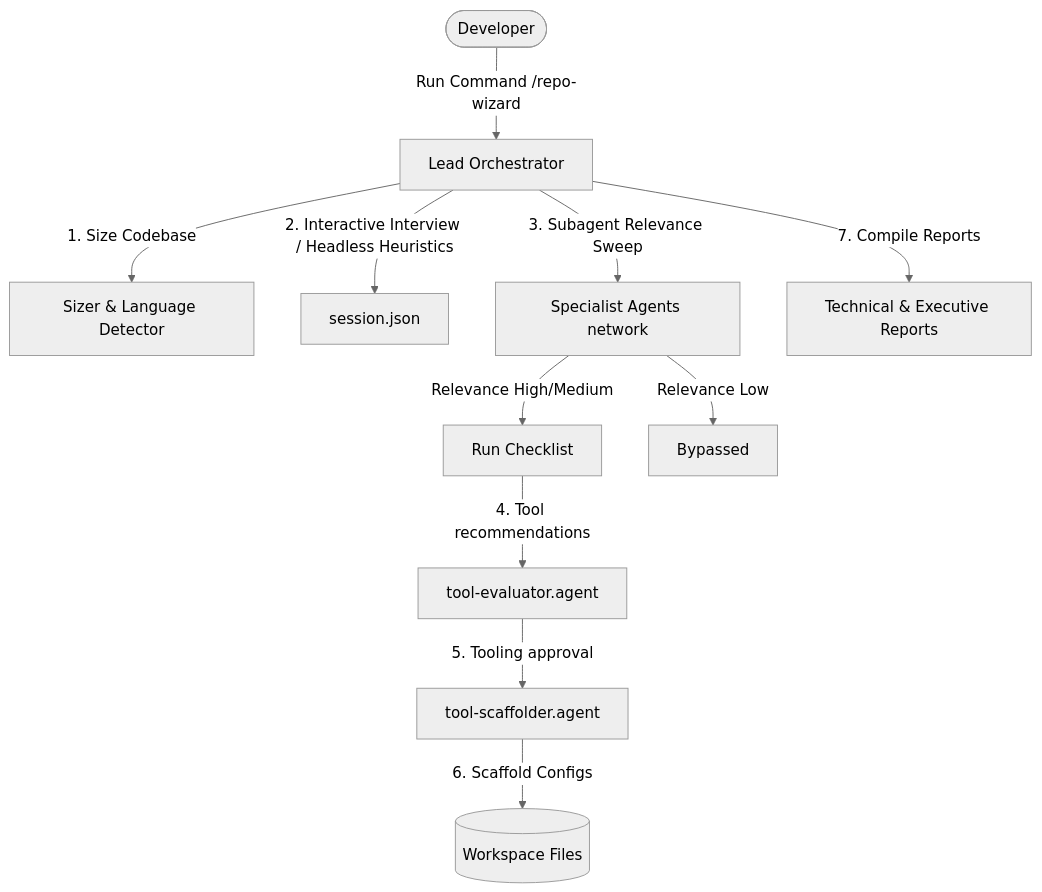
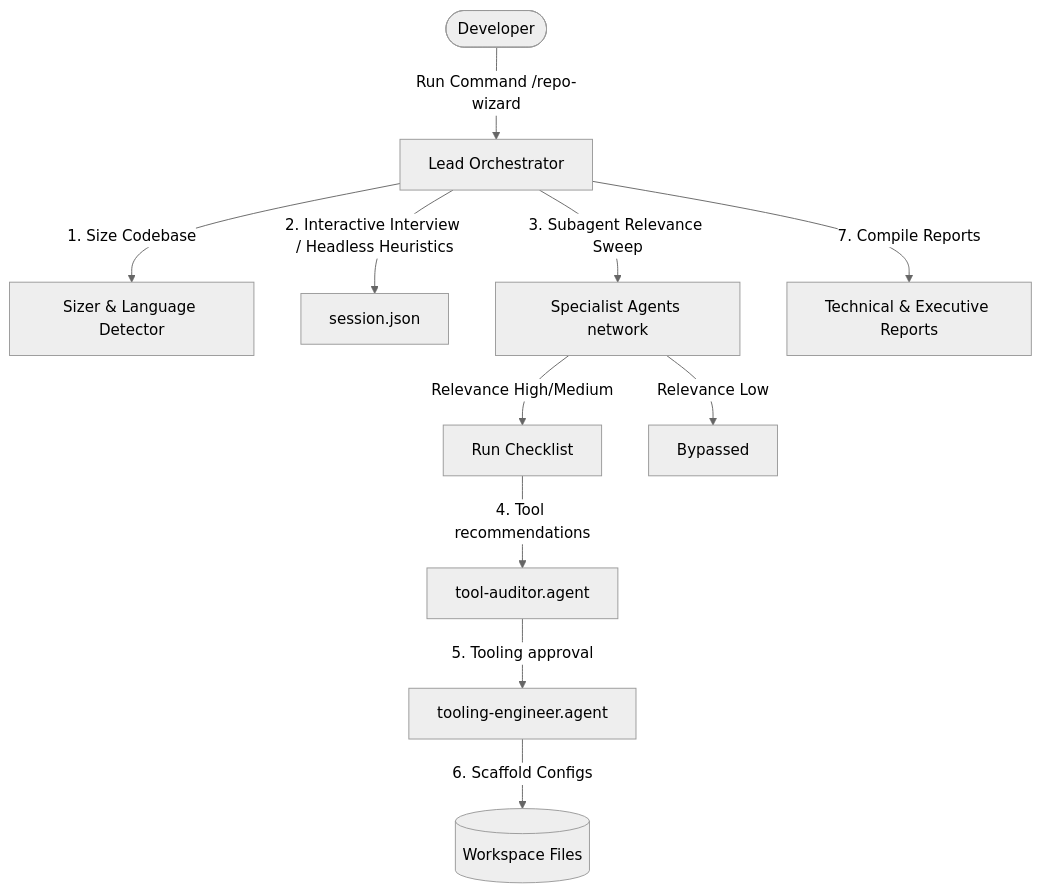
One commit to anjiera/repo-wizard changed the diagram in README.md. Above: the diagram before and after it, drawn with Mermaid (neutral theme). The commit also changed other lines of this file and 309 other files, not shown here.

````diff
--- a/README.md
+++ b/README.md
@@ -38,13 +38,13 @@
 ```mermaid
 graph TD
     User([Developer]) -->|Run Command /repo-wizard| Orchestrator[Lead Orchestrator]
     Orchestrator -->|1. Size Codebase| Sizer[Sizer & Language Detector]
     Orchestrator -->|2. Interactive Interview / Headless Heuristics| Config[session.json]
     Orchestrator -->|3. Subagent Relevance Sweep| Specialists[Specialist Agents network]
     Specialists -->|Relevance High/Medium| Audit[Run Checklist]
     Specialists -->|Relevance Low| Skip[Bypassed]
-    Audit -->|4. Tool recommendations| Evaluator[tool-evaluator.agent]
-    Evaluator -->|5. Tooling approval| Scaffolder[tool-scaffolder.agent]
+    Audit -->|4. Tool recommendations| Evaluator[tool-auditor.agent]
+    Evaluator -->|5. Tooling approval| Scaffolder[tooling-engineer.agent]
     Scaffolder -->|6. Scaffold Configs| Files[(Workspace Files)]
     Orchestrator -->|7. Compile Reports| MD_HTML[Technical & Executive Reports]
 ```
````
